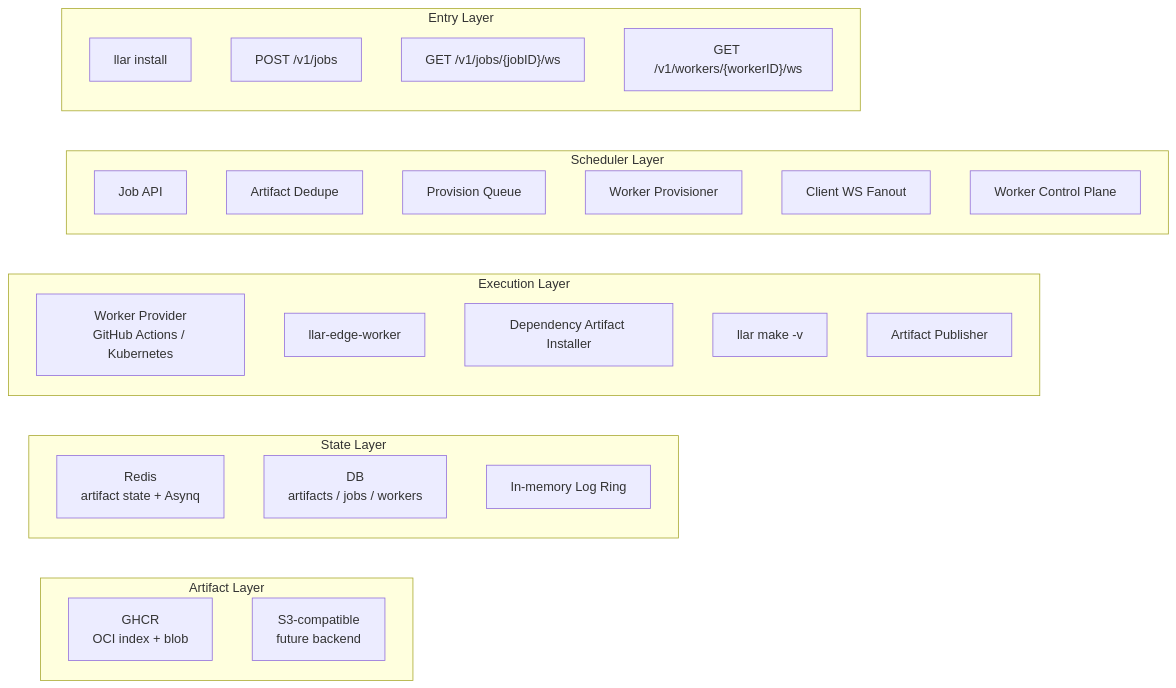
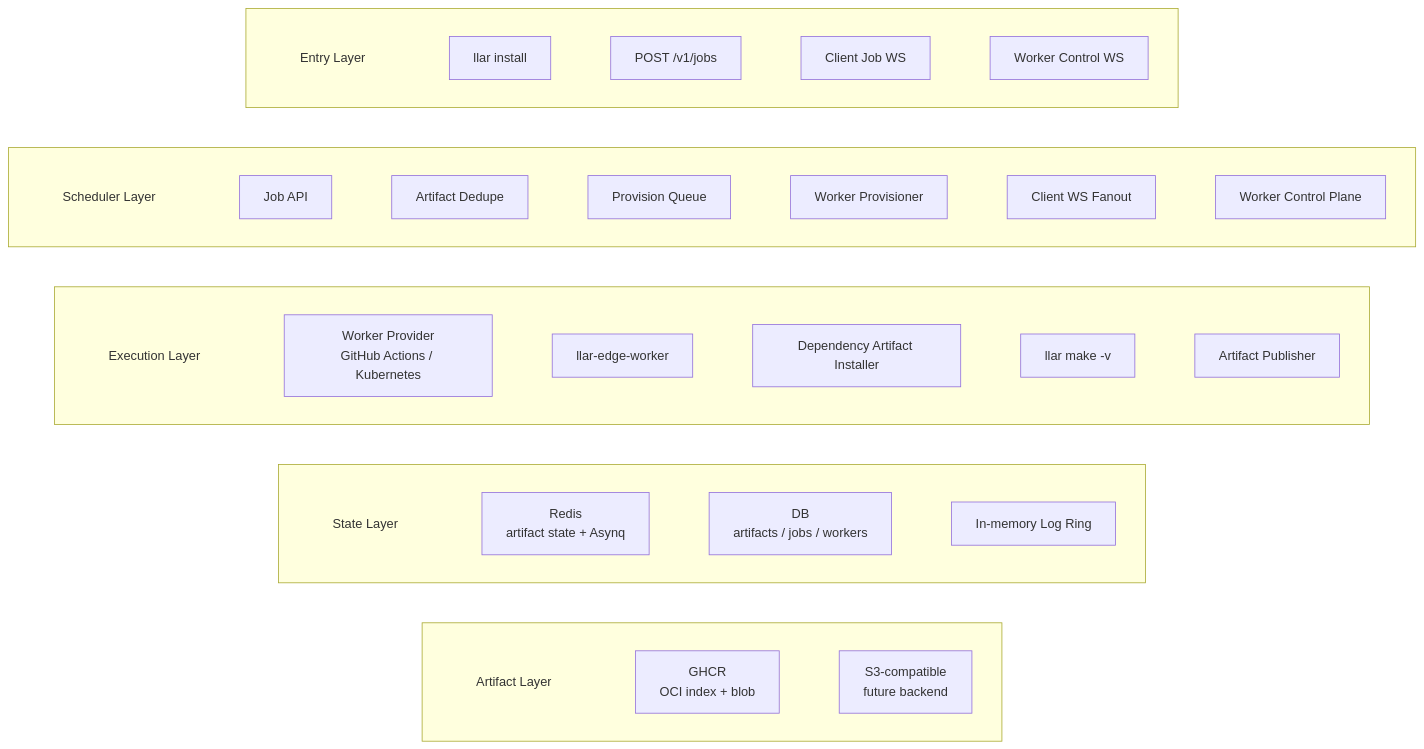
One commit to MeteorsLiu/llar changed the second of 2 diagrams in docs/superpowers/specs/2026-05-25-cloud-build-design.md. Above: the diagram before and after it, drawn with Mermaid.

Commit message:
docs: restyle layered module diagram

````diff
--- a/docs/superpowers/specs/2026-05-25-cloud-build-design.md
+++ b/docs/superpowers/specs/2026-05-25-cloud-build-design.md
@@ -37,42 +37,60 @@
 ```mermaid
 flowchart TB
-  subgraph Entry["Entry Layer"]
+  subgraph EntryRow[" "]
+    direction LR
+    EntryLabel["Entry Layer"]
     CLI["llar install"]
     SubmitAPI["POST /v1/jobs"]
-    ClientWS["GET /v1/jobs/{jobID}/ws"]
-    WorkerWS["GET /v1/workers/{workerID}/ws"]
+    ClientWS["Client Job WS"]
+    WorkerWS["Worker Control WS"]
+    EntryLabel ~~~ CLI ~~~ SubmitAPI ~~~ ClientWS ~~~ WorkerWS
   end
 
-  subgraph SchedulerLayer["Scheduler Layer"]
+  subgraph SchedulerRow[" "]
+    direction LR
+    SchedulerLabel["Scheduler Layer"]
     JobAPI["Job API"]
     Dedupe["Artifact Dedupe"]
     Queue["Provision Queue"]
     Provisioner["Worker Provisioner"]
     Fanout["Client WS Fanout"]
     WorkerControl["Worker Control Plane"]
+    SchedulerLabel ~~~ JobAPI ~~~ Dedupe ~~~ Queue ~~~ Provisioner ~~~ Fanout ~~~ WorkerControl
   end
 
-  subgraph Execution["Execution Layer"]
+  subgraph ExecutionRow[" "]
+    direction LR
+    ExecutionLabel["Execution Layer"]
     Provider["Worker Provider<br/>GitHub Actions / Kubernetes"]
     EdgeWorker["llar-edge-worker"]
     DepInstaller["Dependency Artifact Installer"]
     LocalBuild["llar make -v"]
     Publisher["Artifact Publisher"]
+    ExecutionLabel ~~~ Provider ~~~ EdgeWorker ~~~ DepInstaller ~~~ LocalBuild ~~~ Publisher
   end
 
-  subgraph State["State Layer"]
+  subgraph StateRow[" "]
+    direction LR
+    StateLabel["State Layer"]
     RedisState["Redis<br/>artifact state + Asynq"]
     DB["DB<br/>artifacts / jobs / workers"]
     LogRing["In-memory Log Ring"]
+    StateLabel ~~~ RedisState ~~~ DB ~~~ LogRing
   end
 
-  subgraph ArtifactStore["Artifact Layer"]
+  subgraph ArtifactRow[" "]
+    direction LR
+    ArtifactLabel["Artifact Layer"]
     GHCR["GHCR<br/>OCI index + blob"]
     S3["S3-compatible<br/>future backend"]
+    ArtifactLabel ~~~ GHCR ~~~ S3
   end
 
-  CLI ~~~ JobAPI
-  JobAPI ~~~ Provider
-  Provider ~~~ RedisState
-  RedisState ~~~ GHCR
+  EntryLabel ~~~ SchedulerLabel
+  SchedulerLabel ~~~ ExecutionLabel
+  ExecutionLabel ~~~ StateLabel
+  StateLabel ~~~ ArtifactLabel
+
+  classDef layerLabel fill:transparent,stroke:transparent,color:#333;
+  class EntryLabel,SchedulerLabel,ExecutionLabel,StateLabel,ArtifactLabel layerLabel;
 ```
````
